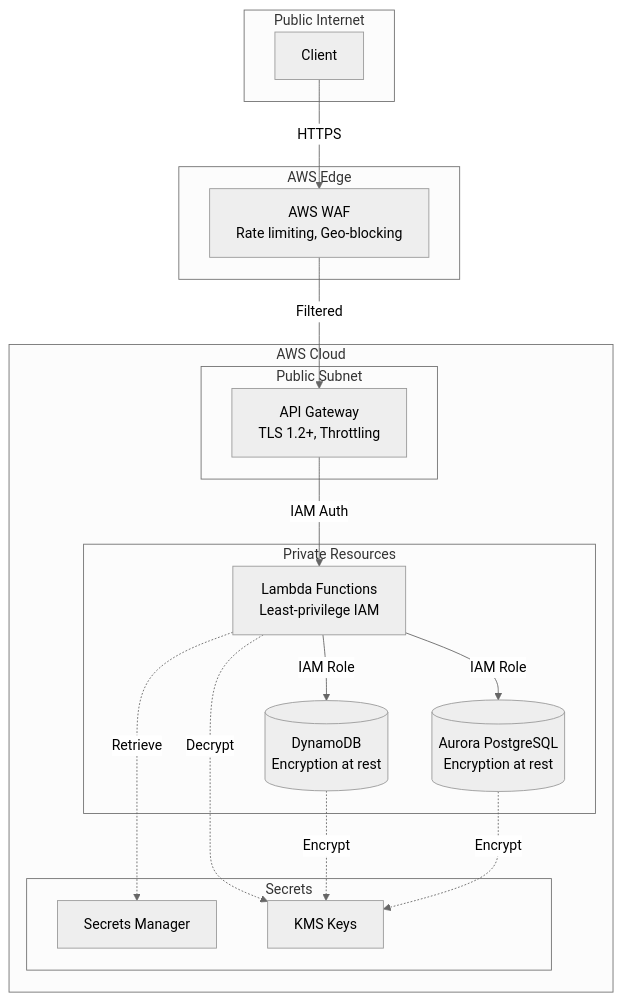
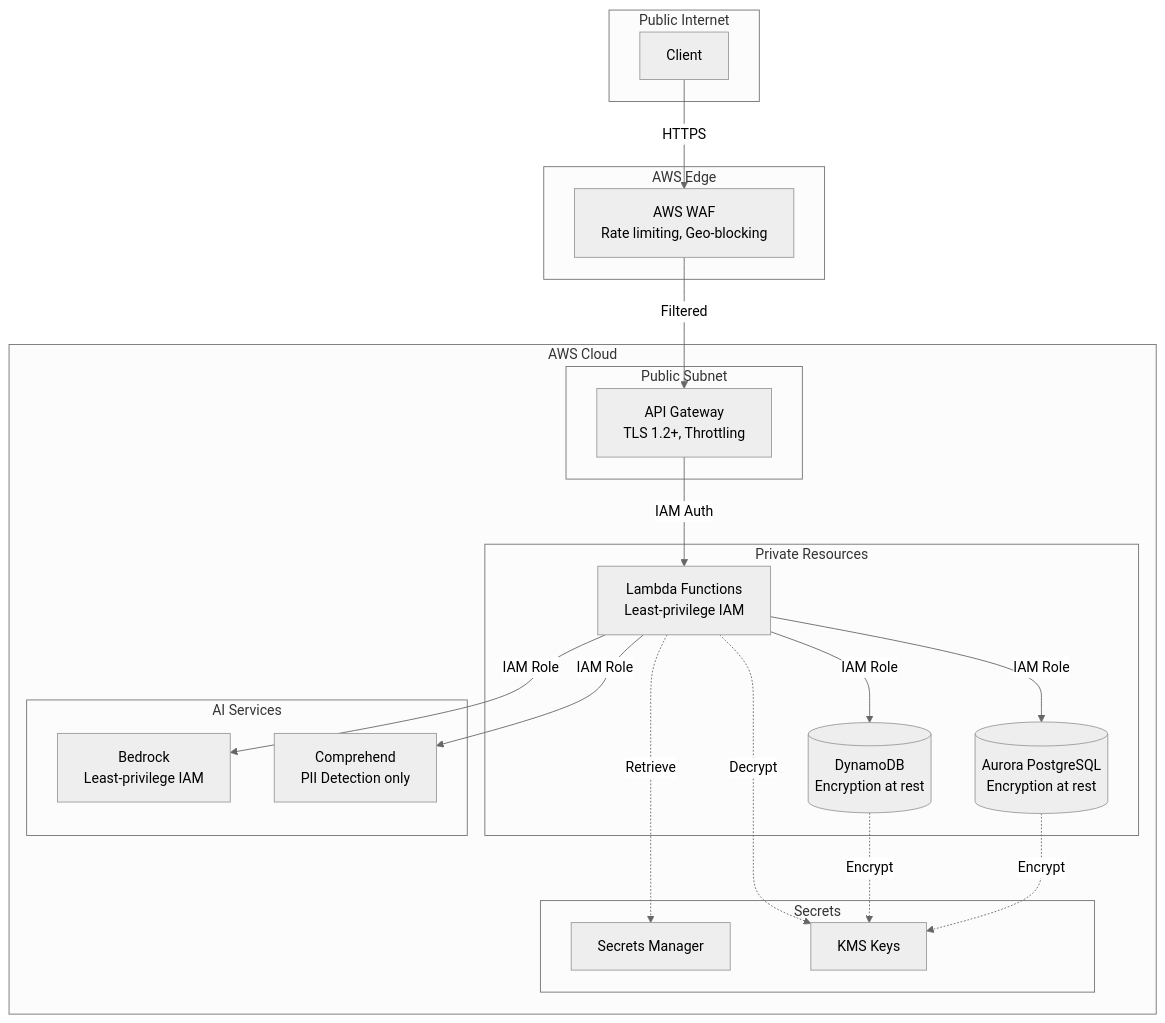
The seventh of 9 diagrams in docs/architecture/system-design.md (jujubear24/ai-customer-service-bot), drawn with Mermaid (neutral theme) before and after one commit. The commit also changed other lines of this file and 3 other files, not shown here.

````diff
--- a/docs/architecture/system-design.md
+++ b/docs/architecture/system-design.md
@@ -488,37 +651,44 @@
 ```mermaid
 flowchart TB
     subgraph Public Internet
         CLIENT[Client]
     end
 
     subgraph AWS Edge
         WAF[AWS WAF<br/>Rate limiting, Geo-blocking]
     end
 
     subgraph AWS Cloud
         subgraph Public Subnet
             APIGW[API Gateway<br/>TLS 1.2+, Throttling]
         end
 
         subgraph Private Resources
             LAMBDA[Lambda Functions<br/>Least-privilege IAM]
             DDB[(DynamoDB<br/>Encryption at rest)]
             AURORA[(Aurora PostgreSQL<br/>Encryption at rest)]
         end
 
+        subgraph AI Services
+            BEDROCK[Bedrock<br/>Least-privilege IAM]
+            COMPREHEND[Comprehend<br/>PII Detection only]
+        end
+
         subgraph Secrets
             SM[Secrets Manager]
             KMS[KMS Keys]
         end
     end
 
     CLIENT -->|HTTPS| WAF
     WAF -->|Filtered| APIGW
     APIGW -->|IAM Auth| LAMBDA
     LAMBDA -->|IAM Role| DDB
     LAMBDA -->|IAM Role| AURORA
+    LAMBDA -->|IAM Role| BEDROCK
+    LAMBDA -->|IAM Role| COMPREHEND
     LAMBDA -.->|Decrypt| KMS
     LAMBDA -.->|Retrieve| SM
     DDB -.->|Encrypt| KMS
     AURORA -.->|Encrypt| KMS
 ```
````
